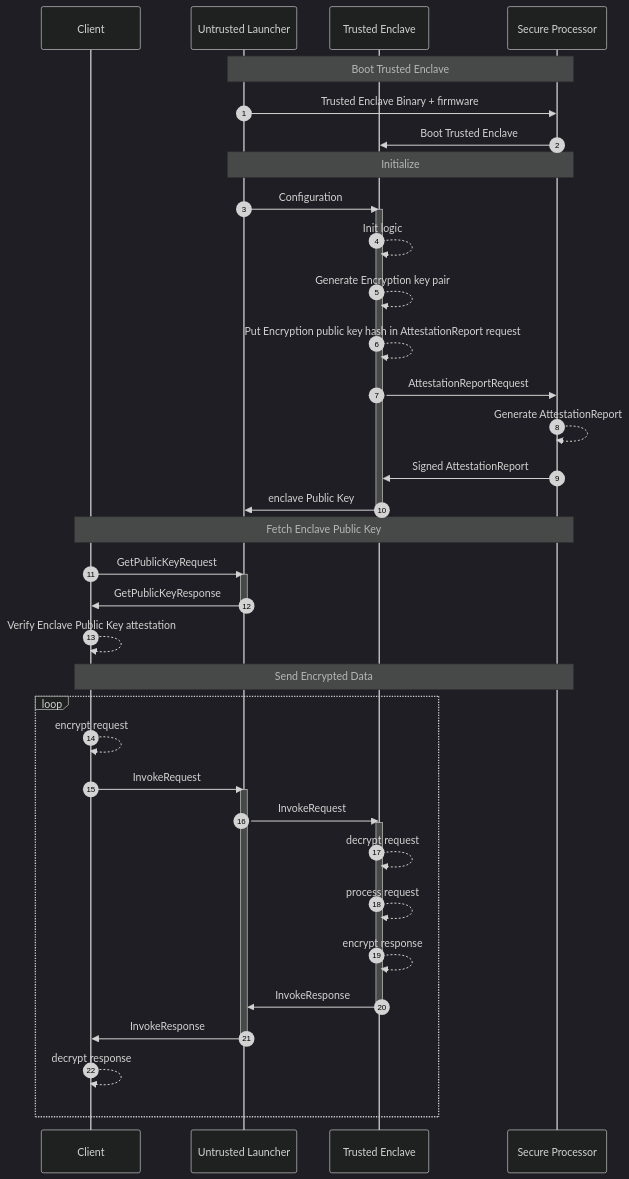
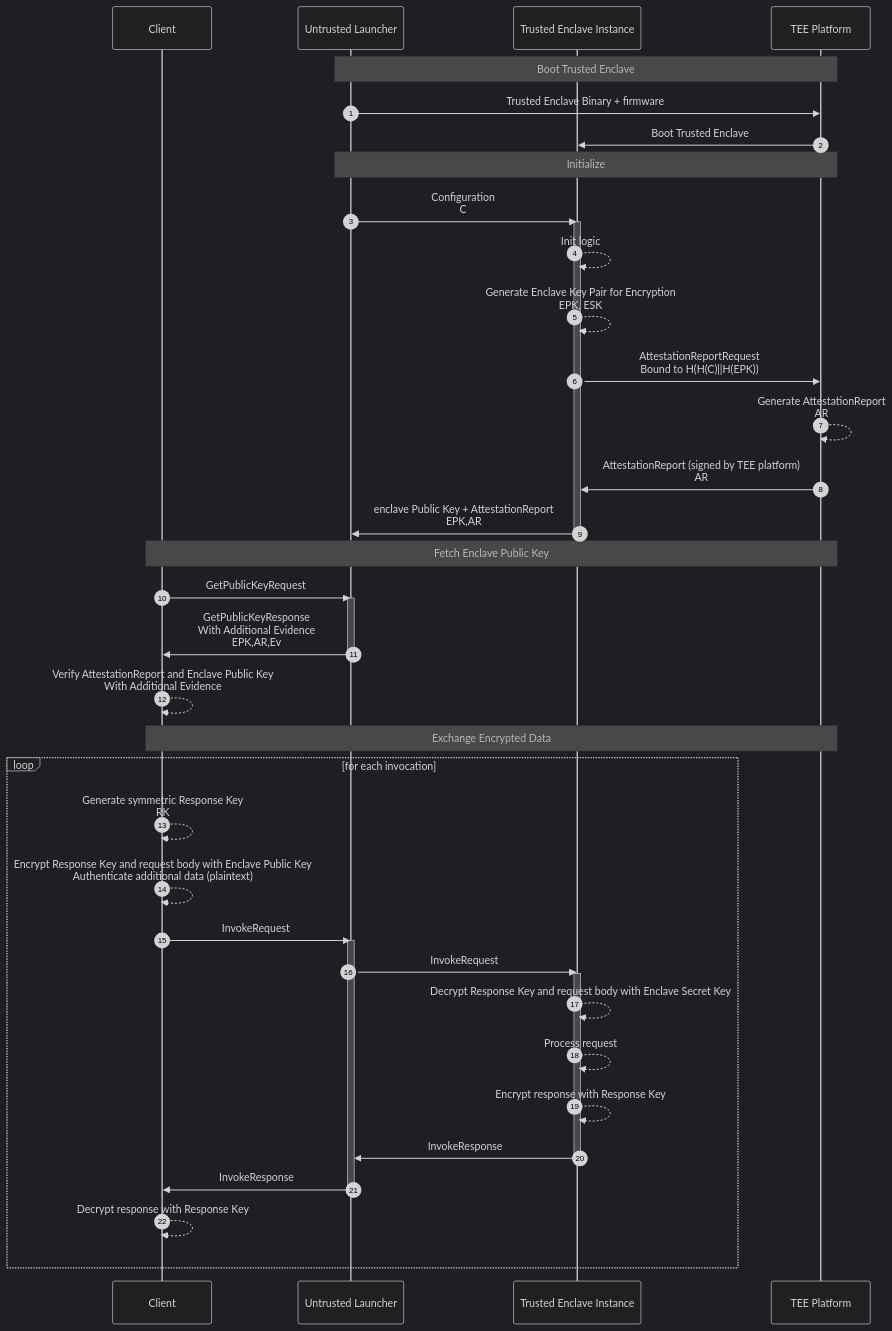
One commit to project-oak/oak changed the diagram in docs/remote-attestation.md. Above: the diagram before and after it, drawn with Mermaid (dark theme). The commit also changed other lines of this file, not shown here.

````diff
--- a/docs/remote-attestation.md
+++ b/docs/remote-attestation.md
@@ -17,54 +18,54 @@
 ```mermaid
 sequenceDiagram
 
 autonumber
 
 participant C as Client
 participant U as Untrusted Launcher
-participant T as Trusted Enclave
-participant S as Secure Processor
+participant T as Trusted Enclave Instance
+participant P as TEE Platform
 
-Note over U,S: Boot Trusted Enclave
+Note over U,P: Boot Trusted Enclave
 
-U->>S: Trusted Enclave Binary + firmware
-S->>T: Boot Trusted Enclave
+U->>P: Trusted Enclave Binary + firmware
+P->>T: Boot Trusted Enclave
 
-Note over U,S: Initialize
+Note over U,P: Initialize
 
-U->>T: Configuration
+U->>T: Configuration<br>C
 activate T
 T-->>T: Init logic
-T-->>T: Generate Encryption key pair
-T-->>T: Put Encryption public key hash in AttestationReport request
-T->>S: AttestationReportRequest
-S-->>S: Generate AttestationReport
-S->>T: Signed AttestationReport
-T->>U: enclave Public Key
+T-->>T: Generate Enclave Key Pair for Encryption<br>EPK, ESK
+T->>P: AttestationReportRequest<br>Bound to H(H(C)||H(EPK))
+P-->>P: Generate AttestationReport<br>AR
+P->>T: AttestationReport (signed by TEE platform)<br>AR
+T->>U: enclave Public Key + AttestationReport<br>EPK,AR
 deactivate T
 
-Note over C,S: Fetch Enclave Public Key
+Note over C,P: Fetch Enclave Public Key
 
 C->>U: GetPublicKeyRequest
 activate U
-U->>C: GetPublicKeyResponse
+U->>C: GetPublicKeyResponse<br>With Additional Evidence<br>EPK,AR,Ev
 deactivate U
-C-->>C: Verify Enclave Public Key attestation
+C-->>C: Verify AttestationReport and Enclave Public Key<br>With Additional Evidence
 
-Note over C,S: Send Encrypted Data
+Note over C,P: Exchange Encrypted Data
 
-loop
-   C-->>C: encrypt request
+loop for each invocation
+   C-->>C: Generate symmetric Response Key<br>RK
+   C-->>C: Encrypt Response Key and request body with Enclave Public Key<br>Authenticate additional data (plaintext)
    C->>U: InvokeRequest
    activate U
    U->>T: InvokeRequest
    activate T
-   T-->>T: decrypt request
-   T-->>T: process request
-   T-->>T: encrypt response
+   T-->>T: Decrypt Response Key and request body with Enclave Secret Key
+   T-->>T: Process request
+   T-->>T: Encrypt response with Response Key
    T->>U: InvokeResponse
    deactivate T
    U->>C: InvokeResponse
    deactivate U
-   C-->>C: decrypt response
+   C-->>C: Decrypt response with Response Key
 end
 ```
````
